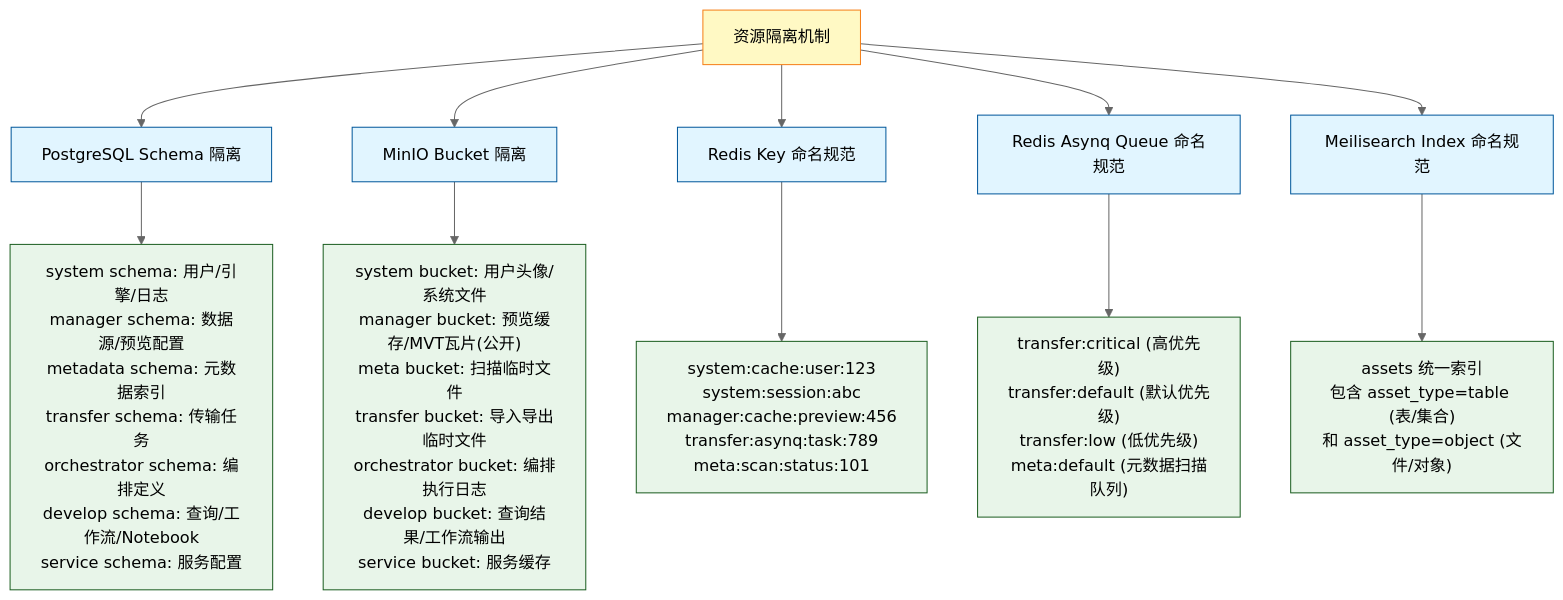
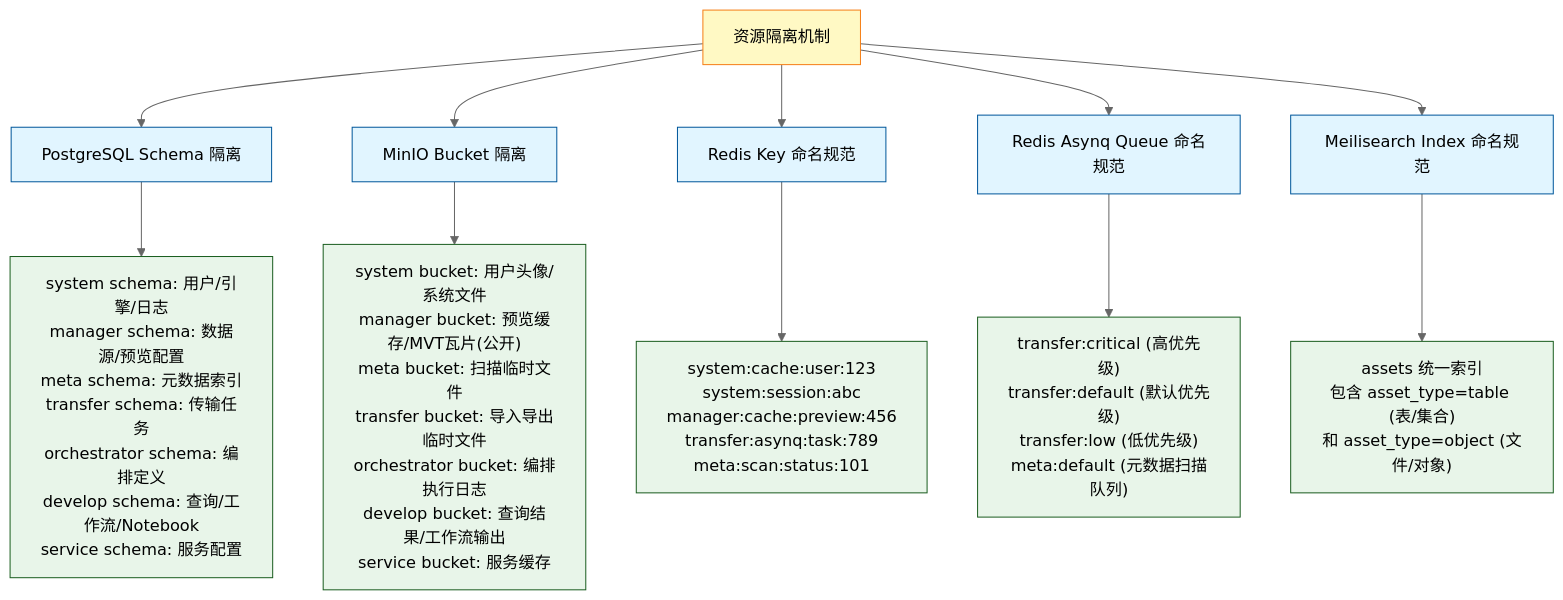
One commit to pampa0629/addp changed the second of 2 diagrams in docs/concepts/addp基础设施隔离图.md. Above: the diagram before and after it, drawn with Mermaid (neutral theme). The commit also changed other lines of this file and 300 other files, not shown here.

````diff
--- a/docs/concepts/addp基础设施隔离图.md
+++ b/docs/concepts/addp基础设施隔离图.md
@@ -123,28 +123,28 @@
 ```mermaid
 graph TB
     Isolation[资源隔离机制]
 
     Isolation --> PG[PostgreSQL Schema 隔离]
     Isolation --> MinIOIso[MinIO Bucket 隔离]
     Isolation --> RedisIso[Redis Key 命名规范]
     Isolation --> AsynqIso[Redis Asynq Queue 命名规范]
     Isolation --> MeiliIso[Meilisearch Index 命名规范]
 
-    PG --> PGEx["system schema: 用户/引擎/日志<br/>manager schema: 数据源/预览配置<br/>metadata schema: 元数据索引<br/>transfer schema: 传输任务<br/>orchestrator schema: 编排定义<br/>develop schema: 查询/工作流/Notebook<br/>service schema: 服务配置"]
+    PG --> PGEx["system schema: 用户/引擎/日志<br/>manager schema: 数据源/预览配置<br/>meta schema: 元数据索引<br/>transfer schema: 传输任务<br/>orchestrator schema: 编排定义<br/>develop schema: 查询/工作流/Notebook<br/>service schema: 服务配置"]
 
     MinIOIso --> MinIOEx["system bucket: 用户头像/系统文件<br/>manager bucket: 预览缓存/MVT瓦片(公开)<br/>meta bucket: 扫描临时文件<br/>transfer bucket: 导入导出临时文件<br/>orchestrator bucket: 编排执行日志<br/>develop bucket: 查询结果/工作流输出<br/>service bucket: 服务缓存"]
 
     RedisIso --> RedisEx["system:cache:user:123<br/>system:session:abc<br/>manager:cache:preview:456<br/>transfer:asynq:task:789<br/>meta:scan:status:101"]
 
     AsynqIso --> AsynqEx["transfer:critical (高优先级)<br/>transfer:default (默认优先级)<br/>transfer:low (低优先级)<br/>meta:default (元数据扫描队列)"]
 
     MeiliIso --> MeiliEx["assets 统一索引<br/>包含 asset_type=table (表/集合)<br/>和 asset_type=object (文件/对象)"]
 
     classDef isolation fill:#fff9c4,stroke:#f57f17
     classDef mechanism fill:#e1f5ff,stroke:#01579b
     classDef example fill:#e8f5e9,stroke:#1b5e20
 
     class Isolation isolation
     class PG,MinIOIso,RedisIso,AsynqIso,MeiliIso mechanism
     class PGEx,MinIOEx,RedisEx,AsynqEx,MeiliEx example
 ```
````
